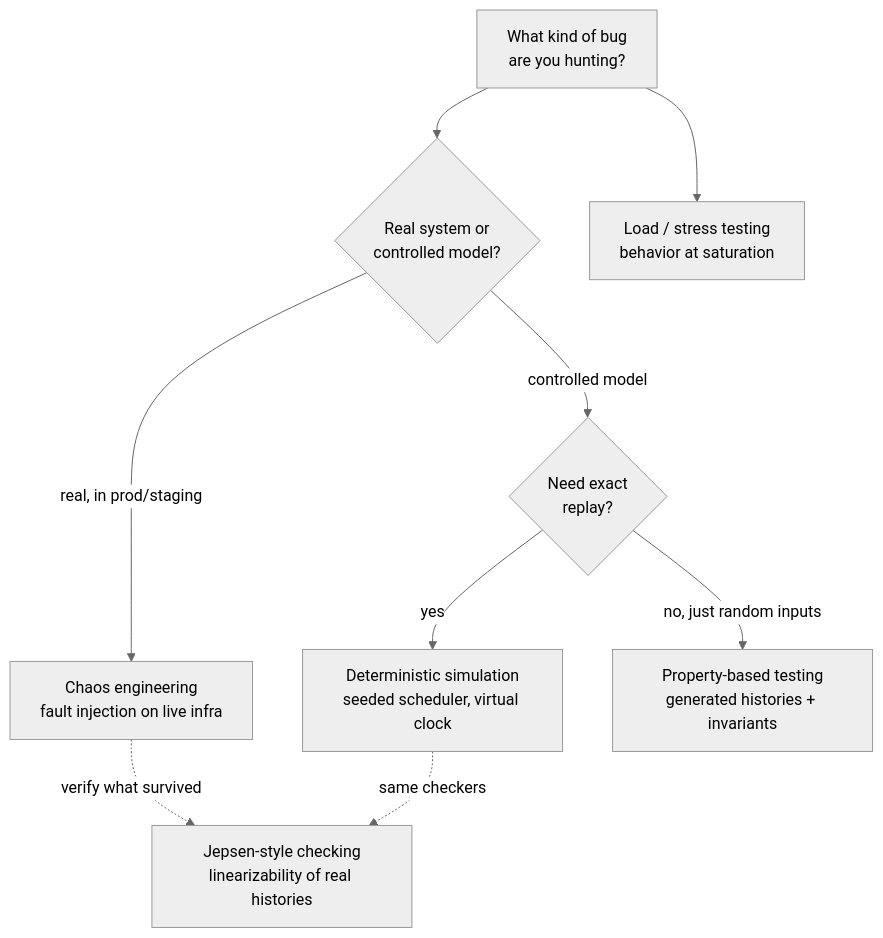
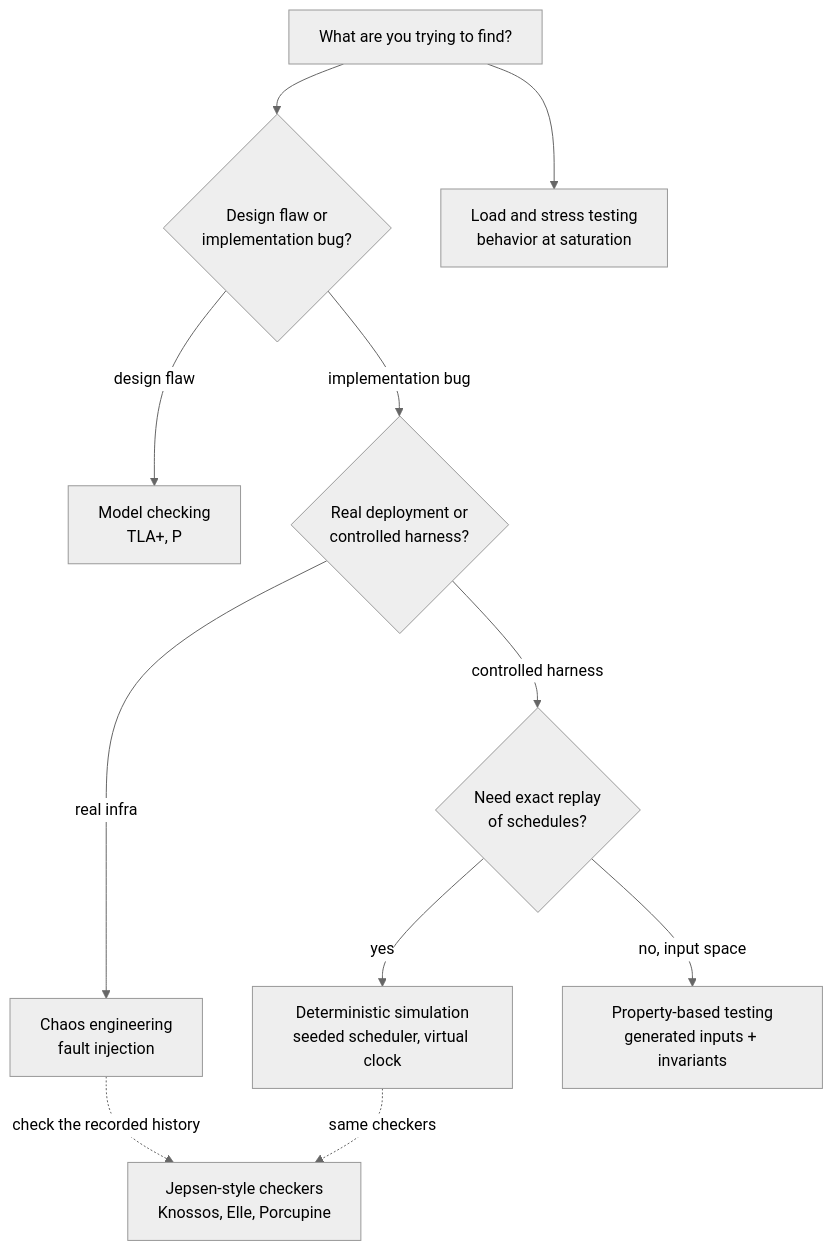
Before and after one commit to AndrewAltimit/Documentation: the first of 6 diagrams in github-pages/docs/distributed-systems/testing-distributed-systems.md, drawn with Mermaid (neutral theme). The commit also changed other lines of this file and 240 other files, not shown here.

````diff
--- a/github-pages/docs/distributed-systems/testing-distributed-systems.md
+++ b/github-pages/docs/distributed-systems/testing-distributed-systems.md
@@ -39,11 +44,13 @@
 ```mermaid
 flowchart TD
-    G["What kind of bug<br/>are you hunting?"] --> A{"Real system or<br/>controlled model?"}
-    A -- "real, in prod/staging" --> Chaos["Chaos engineering<br/>fault injection on live infra"]
-    A -- "controlled model" --> B{"Need exact<br/>replay?"}
-    B -- yes --> Sim["Deterministic simulation<br/>seeded scheduler, virtual clock"]
-    B -- "no, just random inputs" --> PBT["Property-based testing<br/>generated histories + invariants"]
-    Chaos -. "verify what survived" .-> Jep["Jepsen-style checking<br/>linearizability of real histories"]
-    Sim -. "same checkers" .-> Jep
-    G --> Load["Load / stress testing<br/>behavior at saturation"]
+    Q["What are you trying to find?"] --> D{"Design flaw or<br/>implementation bug?"}
+    D -- "design flaw" --> MC["Model checking<br/>TLA+, P"]
+    D -- "implementation bug" --> R{"Real deployment or<br/>controlled harness?"}
+    R -- "real infra" --> Chaos["Chaos engineering<br/>fault injection"]
+    R -- "controlled harness" --> S{"Need exact replay<br/>of schedules?"}
+    S -- yes --> DST["Deterministic simulation<br/>seeded scheduler, virtual clock"]
+    S -- "no, input space" --> PBT["Property-based testing<br/>generated inputs + invariants"]
+    Chaos -. "check the recorded history" .-> J["Jepsen-style checkers<br/>Knossos, Elle, Porcupine"]
+    DST -. "same checkers" .-> J
+    Q --> L["Load and stress testing<br/>behavior at saturation"]
 ```
````
